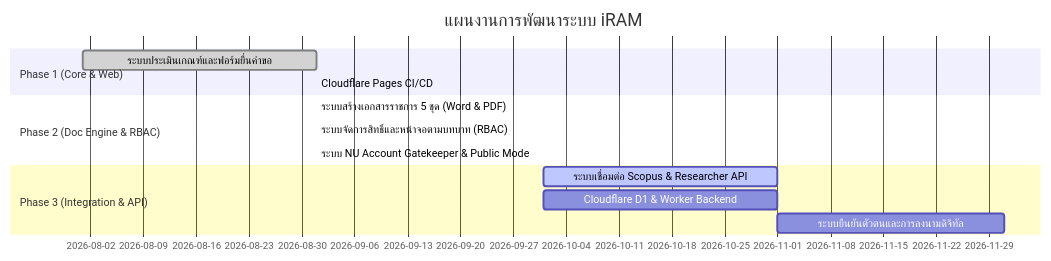
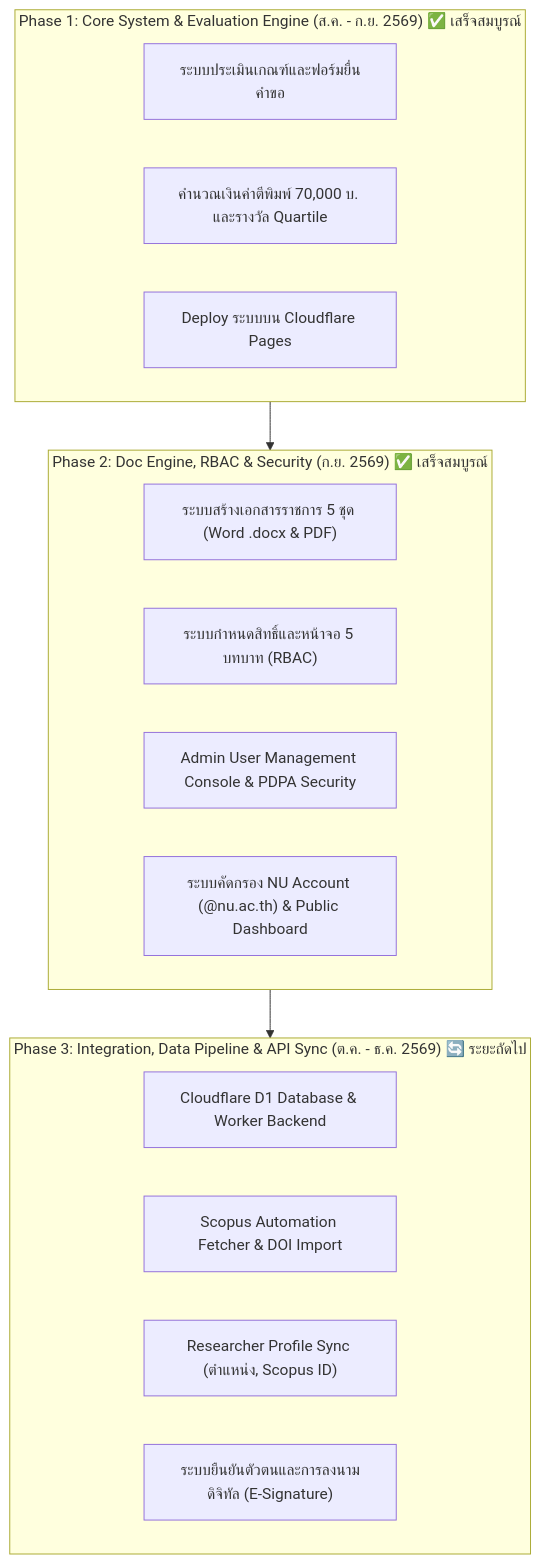
Before and after one commit to SolarXtr/iram-reward-system: the diagram in ROADMAP.md, drawn with Mermaid.

Commit message:
docs: update ROADMAP.md mermaid diagram to supported flowchart TD syntax

````diff
--- a/ROADMAP.md
+++ b/ROADMAP.md
@@ -9,16 +9,24 @@
 ```mermaid
-gantt
-    title แผนงานการพัฒนาระบบ iRAM
-    dateFormat  YYYY-MM
-    section Phase 1 (Core & Web)
-    ระบบประเมินเกณฑ์และฟอร์มยื่นคำขอ   :done, 2026-08, 2026-09
-    Cloudflare Pages CI/CD             :done, 2026-09, 2026-09
-    section Phase 2 (Doc Engine & RBAC)
-    ระบบสร้างเอกสารราชการ 5 ชุด (Word & PDF) :done, 2026-09, 2026-09
-    ระบบจัดการสิทธิ์และหน้าจอตามบทบาท (RBAC)  :done, 2026-09, 2026-09
-    ระบบ NU Account Gatekeeper & Public Mode :done, 2026-09, 2026-09
-    section Phase 3 (Integration & API)
-    ระบบเชื่อมต่อ Scopus & Researcher API :active, 2026-10, 2026-11
-    Cloudflare D1 & Worker Backend      :2026-10, 2026-11
-    ระบบยืนยันตัวตนและการลงนามดิจิทัล      :2026-11, 2026-12
+flowchart TD
+    subgraph P1["Phase 1: Core System & Evaluation Engine (ส.ค. - ก.ย. 2569) ✅ เสร็จสมบูรณ์"]
+        P1_1["ระบบประเมินเกณฑ์และฟอร์มยื่นคำขอ"]
+        P1_2["คำนวณเงินค่าตีพิมพ์ 70,000 บ. และรางวัล Quartile"]
+        P1_3["Deploy ระบบบน Cloudflare Pages"]
+    end
+
+    subgraph P2["Phase 2: Doc Engine, RBAC & Security (ก.ย. 2569) ✅ เสร็จสมบูรณ์"]
+        P2_1["ระบบสร้างเอกสารราชการ 5 ชุด (Word .docx & PDF)"]
+        P2_2["ระบบกำหนดสิทธิ์และหน้าจอ 5 บทบาท (RBAC)"]
+        P2_3["Admin User Management Console & PDPA Security"]
+        P2_4["ระบบคัดกรอง NU Account (@nu.ac.th) & Public Dashboard"]
+    end
+
+    subgraph P3["Phase 3: Integration, Data Pipeline & API Sync (ต.ค. - ธ.ค. 2569) 🔄 ระยะถัดไป"]
+        P3_1["Cloudflare D1 Database & Worker Backend"]
+        P3_2["Scopus Automation Fetcher & DOI Import"]
+        P3_3["Researcher Profile Sync (ตำแหน่ง, Scopus ID)"]
+        P3_4["ระบบยืนยันตัวตนและการลงนามดิจิทัล (E-Signature)"]
+    end
+
+    P1 --> P2 --> P3
 ```
````
